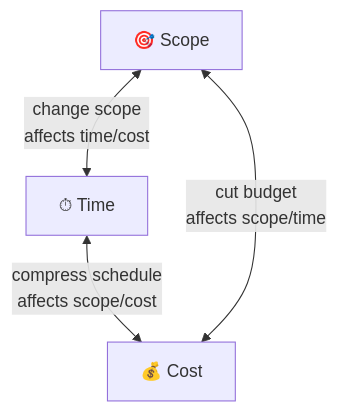
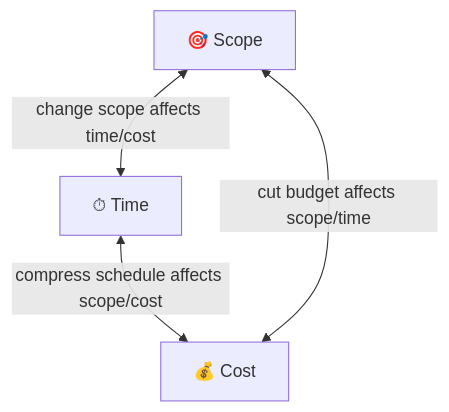
One commit to UncleJS/course_projectManagement changed the first of 4 diagrams in modules/01-foundations.md. Above: the diagram before and after it, drawn with Mermaid. The commit also changed other lines of this file and 16 other files, not shown here.

Commit message:
Fix Mermaid rendering: remove literal \n from all diagram labels; quote unquoted & in flowchart nodes

````diff
--- a/modules/01-foundations.md
+++ b/modules/01-foundations.md
@@ -51,9 +51,9 @@
 ```mermaid
 flowchart TD
     S["🎯 Scope"]
     T["⏱ Time"]
     C["💰 Cost"]
-    S <-->|"change scope\naffects time/cost"| T
-    T <-->|"compress schedule\naffects scope/cost"| C
-    C <-->|"cut budget\naffects scope/time"| S
+    S <-->|"change scope affects time/cost"| T
+    T <-->|"compress schedule affects scope/cost"| C
+    C <-->|"cut budget affects scope/time"| S
 ```
````
